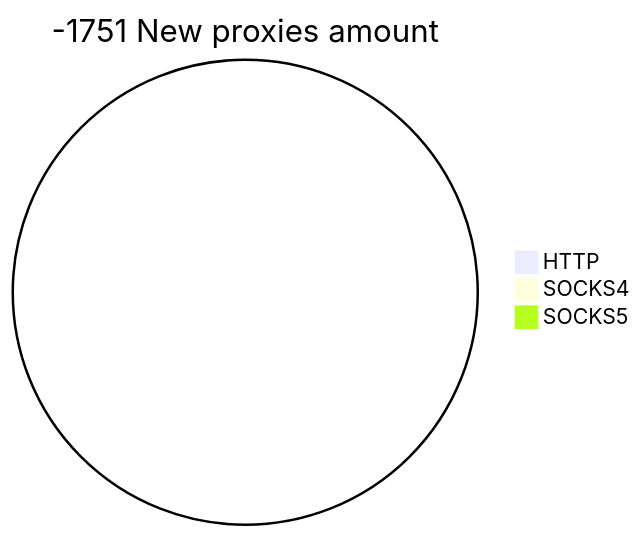
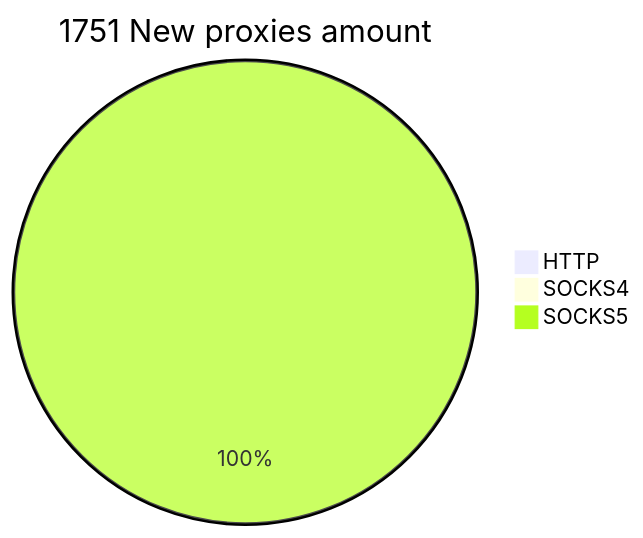
Before and after one commit to cutipu/proxylist: the second of 2 diagrams in README.md, drawn with Mermaid. The commit also changed other lines of this file, not shown here.

````diff
--- a/README.md
+++ b/README.md
@@ -10,6 +10,6 @@
 ```mermaid
-pie title -1751 New proxies amount
+pie title 1751 New proxies amount
     "HTTP" : 0
-    "SOCKS4" : 0
-    "SOCKS5" : 0
+    "SOCKS4" : 2
+    "SOCKS5" : 1749
 ```
````
